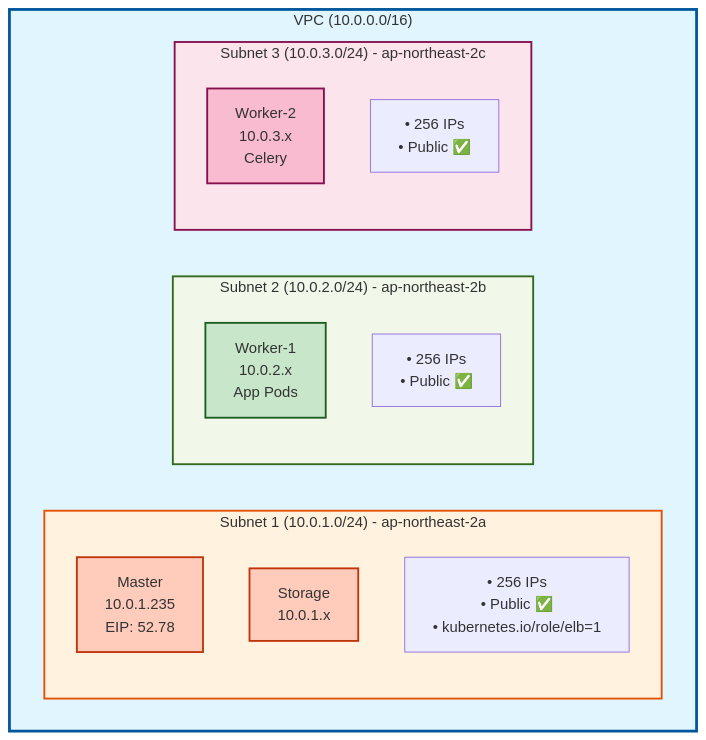
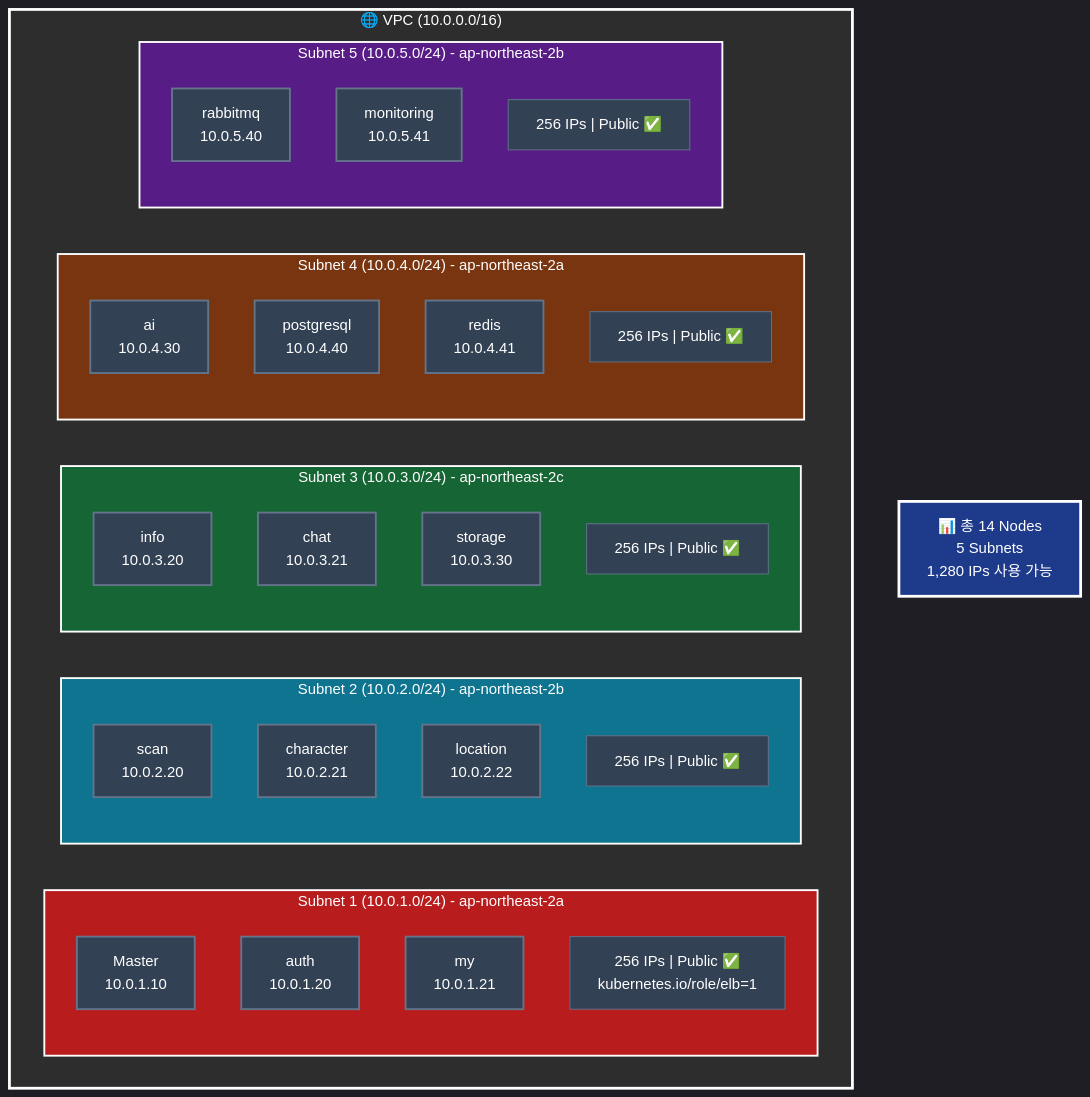
Before and after one commit to SeSACTHON/backend: the first of 5 diagrams in docs/infrastructure/02-vpc-network-design.md, drawn with Mermaid. The commit also changed other lines of this file and 54 other files, not shown here.

````diff
--- a/docs/infrastructure/02-vpc-network-design.md
+++ b/docs/infrastructure/02-vpc-network-design.md
@@ -49,29 +41,69 @@
 ```mermaid
+%%{init: {'theme':'dark', 'themeVariables': { 'primaryColor':'#1a1a1a', 'primaryTextColor':'#fff', 'primaryBorderColor':'#444', 'lineColor':'#888', 'secondaryColor':'#2d2d2d', 'tertiaryColor':'#1a1a1a'}}}%%
 graph TB
-    subgraph VPC["VPC (10.0.0.0/16)"]
+    subgraph VPC["🌐 VPC (10.0.0.0/16)"]
         subgraph Subnet1["Subnet 1 (10.0.1.0/24) - ap-northeast-2a"]
-            Master["Master<br/>10.0.1.235<br/>EIP: 52.78"]
-            Storage["Storage<br/>10.0.1.x"]
-            S1Info["• 256 IPs<br/>• Public ✅<br/>• kubernetes.io/role/elb=1"]
+            M["Master<br/>10.0.1.10"]
+            A1["auth<br/>10.0.1.20"]
+            A2["my<br/>10.0.1.21"]
+            S1["256 IPs | Public ✅<br/>kubernetes.io/role/elb=1"]
         end
         
         subgraph Subnet2["Subnet 2 (10.0.2.0/24) - ap-northeast-2b"]
-            Worker1["Worker-1<br/>10.0.2.x<br/>App Pods"]
-            S2Info["• 256 IPs<br/>• Public ✅"]
+            A3["scan<br/>10.0.2.20"]
+            A4["character<br/>10.0.2.21"]
+            A5["location<br/>10.0.2.22"]
+            S2["256 IPs | Public ✅"]
         end
         
         subgraph Subnet3["Subnet 3 (10.0.3.0/24) - ap-northeast-2c"]
-            Worker2["Worker-2<br/>10.0.3.x<br/>Celery"]
-            S3Info["• 256 IPs<br/>• Public ✅"]
+            A6["info<br/>10.0.3.20"]
+            A7["chat<br/>10.0.3.21"]
+            W1["storage<br/>10.0.3.30"]
+            S3["256 IPs | Public ✅"]
+        end
+        
+        subgraph Subnet4["Subnet 4 (10.0.4.0/24) - ap-northeast-2a"]
+            W2["ai<br/>10.0.4.30"]
+            I1["postgresql<br/>10.0.4.40"]
+            I2["redis<br/>10.0.4.41"]
+            S4["256 IPs | Public ✅"]
+        end
+        
+        subgraph Subnet5["Subnet 5 (10.0.5.0/24) - ap-northeast-2b"]
+            I3["rabbitmq<br/>10.0.5.40"]
+            I4["monitoring<br/>10.0.5.41"]
+            S5["256 IPs | Public ✅"]
         end
     end
     
-    style VPC fill:#e1f5ff,stroke:#01579b,stroke-width:3px
-    style Subnet1 fill:#fff3e0,stroke:#e65100,stroke-width:2px
-    style Subnet2 fill:#f1f8e9,stroke:#33691e,stroke-width:2px
-    style Subnet3 fill:#fce4ec,stroke:#880e4f,stroke-width:2px
-    style Master fill:#ffccbc,stroke:#bf360c,stroke-width:2px
-    style Storage fill:#ffccbc,stroke:#bf360c,stroke-width:2px
-    style Worker1 fill:#c8e6c9,stroke:#1b5e20,stroke-width:2px
-    style Worker2 fill:#f8bbd0,stroke:#880e4f,stroke-width:2px
+    Total["📊 총 14 Nodes<br/>5 Subnets<br/>1,280 IPs 사용 가능"]
+    
+    style VPC fill:#2d2d2d,stroke:#fff,stroke-width:3px,color:#fff
+    style Subnet1 fill:#b91c1c,stroke:#fff,stroke-width:2px,color:#fff
+    style Subnet2 fill:#0e7490,stroke:#fff,stroke-width:2px,color:#fff
+    style Subnet3 fill:#166534,stroke:#fff,stroke-width:2px,color:#fff
+    style Subnet4 fill:#78350f,stroke:#fff,stroke-width:2px,color:#fff
+    style Subnet5 fill:#581c87,stroke:#fff,stroke-width:2px,color:#fff
+    style Total fill:#1e3a8a,stroke:#fff,stroke-width:3px,color:#fff
+    
+    style M fill:#334155,stroke:#64748b,stroke-width:2px,color:#fff
+    style A1 fill:#334155,stroke:#64748b,stroke-width:2px,color:#fff
+    style A2 fill:#334155,stroke:#64748b,stroke-width:2px,color:#fff
+    style A3 fill:#334155,stroke:#64748b,stroke-width:2px,color:#fff
+    style A4 fill:#334155,stroke:#64748b,stroke-width:2px,color:#fff
+    style A5 fill:#334155,stroke:#64748b,stroke-width:2px,color:#fff
+    style A6 fill:#334155,stroke:#64748b,stroke-width:2px,color:#fff
+    style A7 fill:#334155,stroke:#64748b,stroke-width:2px,color:#fff
+    style W1 fill:#334155,stroke:#64748b,stroke-width:2px,color:#fff
+    style W2 fill:#334155,stroke:#64748b,stroke-width:2px,color:#fff
+    style I1 fill:#334155,stroke:#64748b,stroke-width:2px,color:#fff
+    style I2 fill:#334155,stroke:#64748b,stroke-width:2px,color:#fff
+    style I3 fill:#334155,stroke:#64748b,stroke-width:2px,color:#fff
+    style I4 fill:#334155,stroke:#64748b,stroke-width:2px,color:#fff
+    style S1 fill:#334155,stroke:#64748b,stroke-width:1px,color:#fff
+    style S2 fill:#334155,stroke:#64748b,stroke-width:1px,color:#fff
+    style S3 fill:#334155,stroke:#64748b,stroke-width:1px,color:#fff
+    style S4 fill:#334155,stroke:#64748b,stroke-width:1px,color:#fff
+    style S5 fill:#334155,stroke:#64748b,stroke-width:1px,color:#fff
 ```
````
